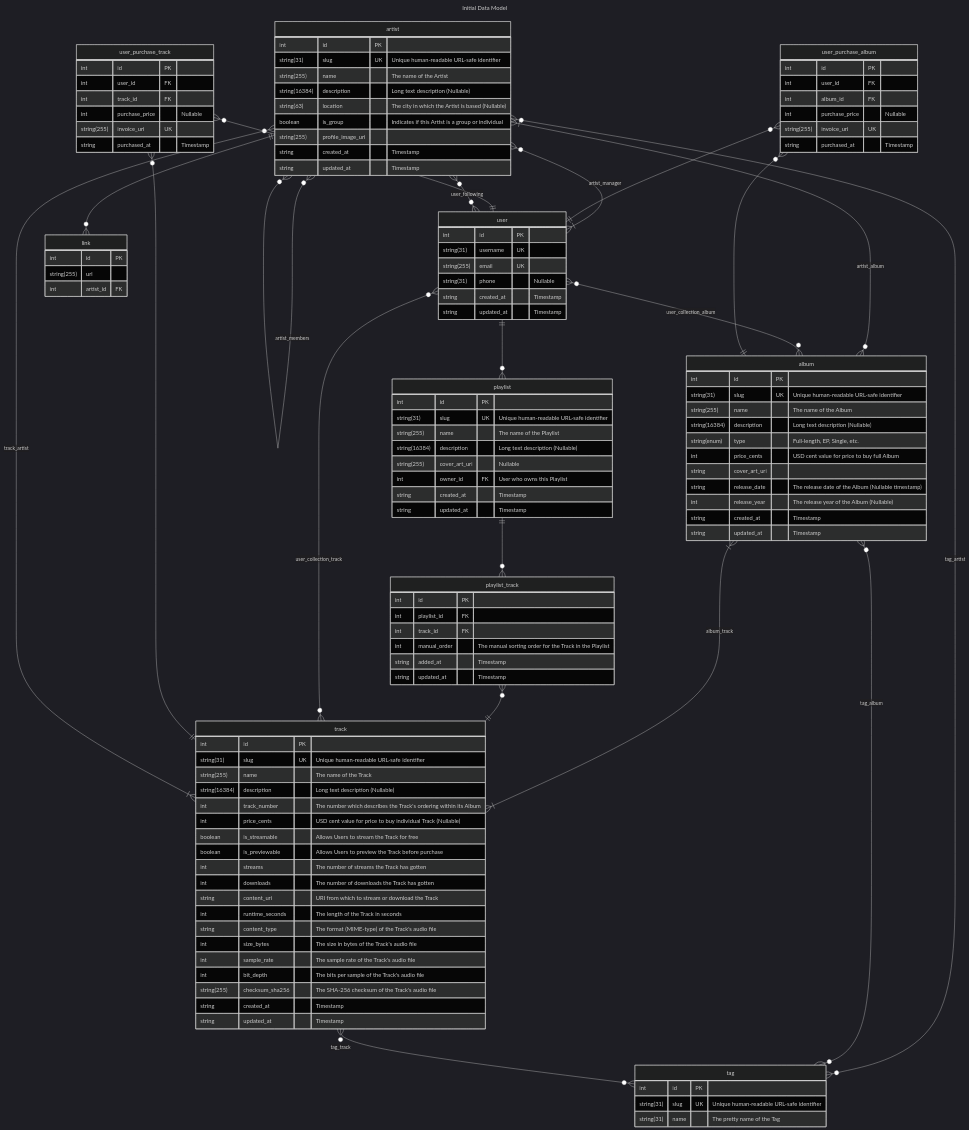
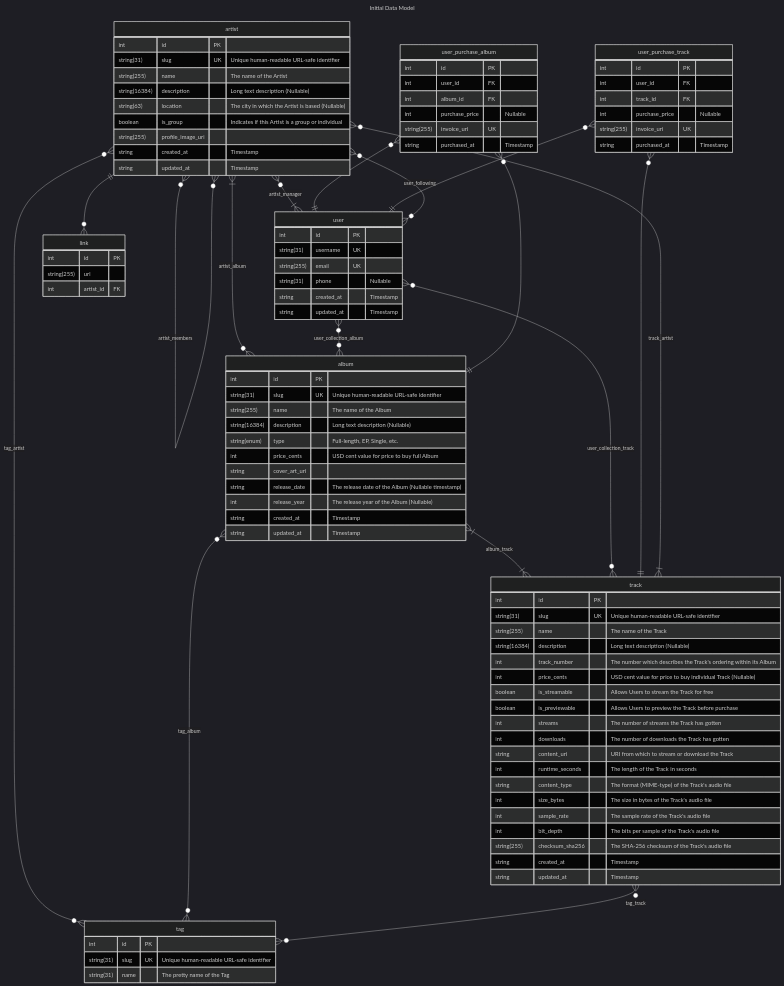
The first of 2 diagrams in docs/Design/Alpha/Data Model.md (zoo-software/music-platform), drawn with Mermaid (dark theme) before and after one commit.

Commit message:
Remove Playlists from MVP

```diff
--- a/docs/Design/Alpha/Data Model.md
+++ b/docs/Design/Alpha/Data Model.md
@@ -97,24 +96,6 @@
         string created_at "Timestamp"
         string updated_at "Timestamp"
     }
-    playlist {
-        int id PK
-        string(31) slug UK "Unique human-readable URL-safe identifier"
-        string(255) name "The name of the Playlist"
-        string(16384) description "Long text description (Nullable)"
-        string(255) cover_art_uri "Nullable"
-        int owner_id FK "User who owns this Playlist"
-        string created_at "Timestamp"
-        string updated_at "Timestamp"
-    }
-    playlist_track {
-        int id PK
-        int playlist_id FK
-        int track_id FK
-        int manual_order "The manual sorting order for the Track in the Playlist"
-        string added_at "Timestamp"
-        string updated_at "Timestamp"
-    } 
     user {
         int id PK 
         string(31) username UK ""
@@ -159,12 +140,9 @@
     album }o--o{ tag : "tag_album"
     track }|--o{ artist : "track_artist"
     track }o--o{ tag : "tag_track"
-    playlist ||--o{ playlist_track : ""
-    playlist_track }o--|| track : ""
     user }o--o{ artist : "user_following"
     user }o--o{ album : "user_collection_album"
     user }o--o{ track : "user_collection_track"
-    user ||--o{ playlist : ""
     user_purchase_album }o--|| album : ""
     user_purchase_album }o--|| user : ""
     user_purchase_track }o--|| track : ""
```
